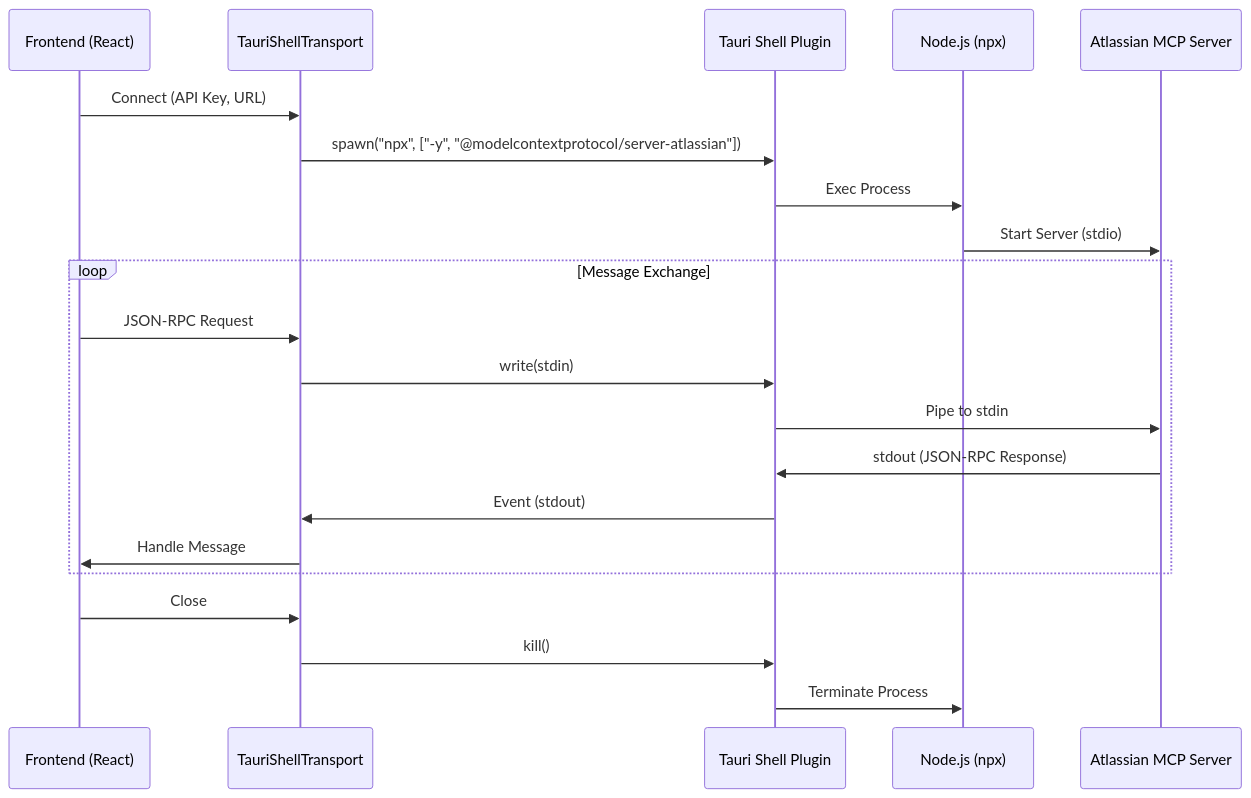
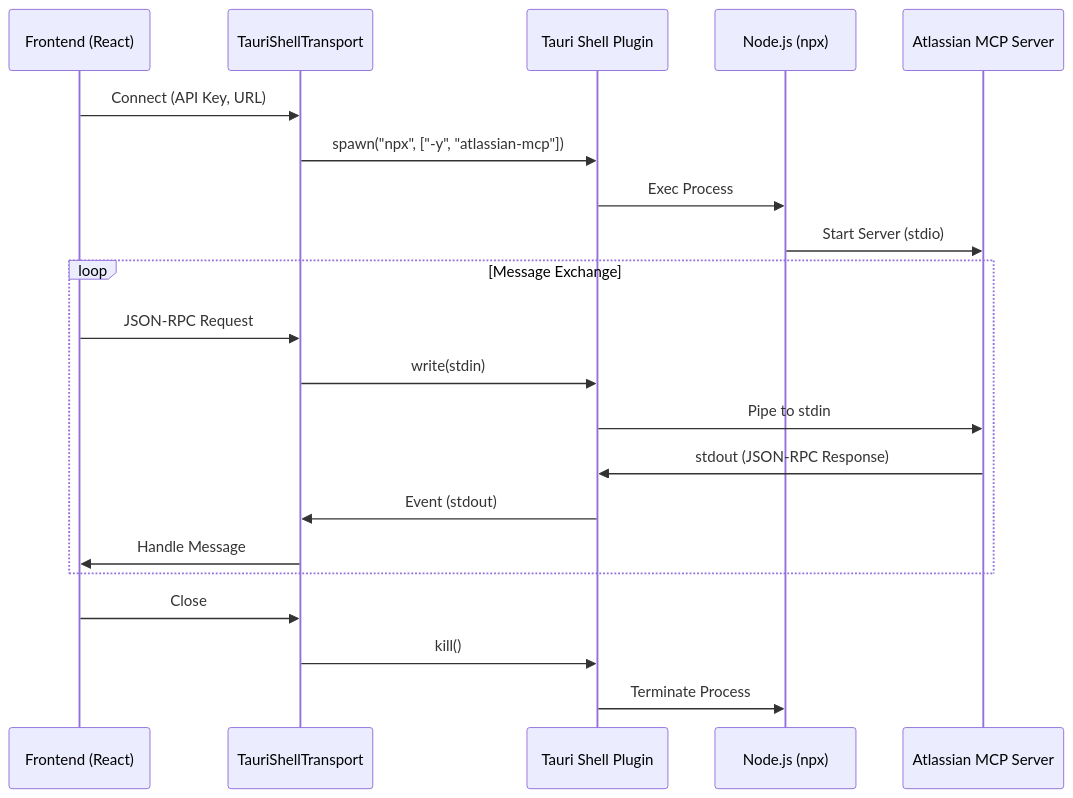
One commit to Hyunsang-coder/translation-editor changed the diagram in tasks/mcp-specs.md. Above: the diagram before and after it, drawn with Mermaid. The commit also changed other lines of this file, not shown here.

````diff
--- a/tasks/mcp-specs.md
+++ b/tasks/mcp-specs.md
@@ -8,26 +8,26 @@
 ```mermaid
 sequenceDiagram
     participant React as Frontend (React)
     participant Bridge as TauriShellTransport
     participant Tauri as Tauri Shell Plugin
     participant Node as Node.js (npx)
     participant MCP as Atlassian MCP Server
 
     React->>Bridge: Connect (API Key, URL)
-    Bridge->>Tauri: spawn("npx", ["-y", "@modelcontextprotocol/server-atlassian"])
+    Bridge->>Tauri: spawn("npx", ["-y", "atlassian-mcp"])
     Tauri->>Node: Exec Process
     Node->>MCP: Start Server (stdio)
     
     loop Message Exchange
         React->>Bridge: JSON-RPC Request
         Bridge->>Tauri: write(stdin)
         Tauri->>MCP: Pipe to stdin
         MCP->>Tauri: stdout (JSON-RPC Response)
         Tauri->>Bridge: Event (stdout)
         Bridge->>React: Handle Message
     end
 
     React->>Bridge: Close
     Bridge->>Tauri: kill()
     Tauri->>Node: Terminate Process
 ```
````
